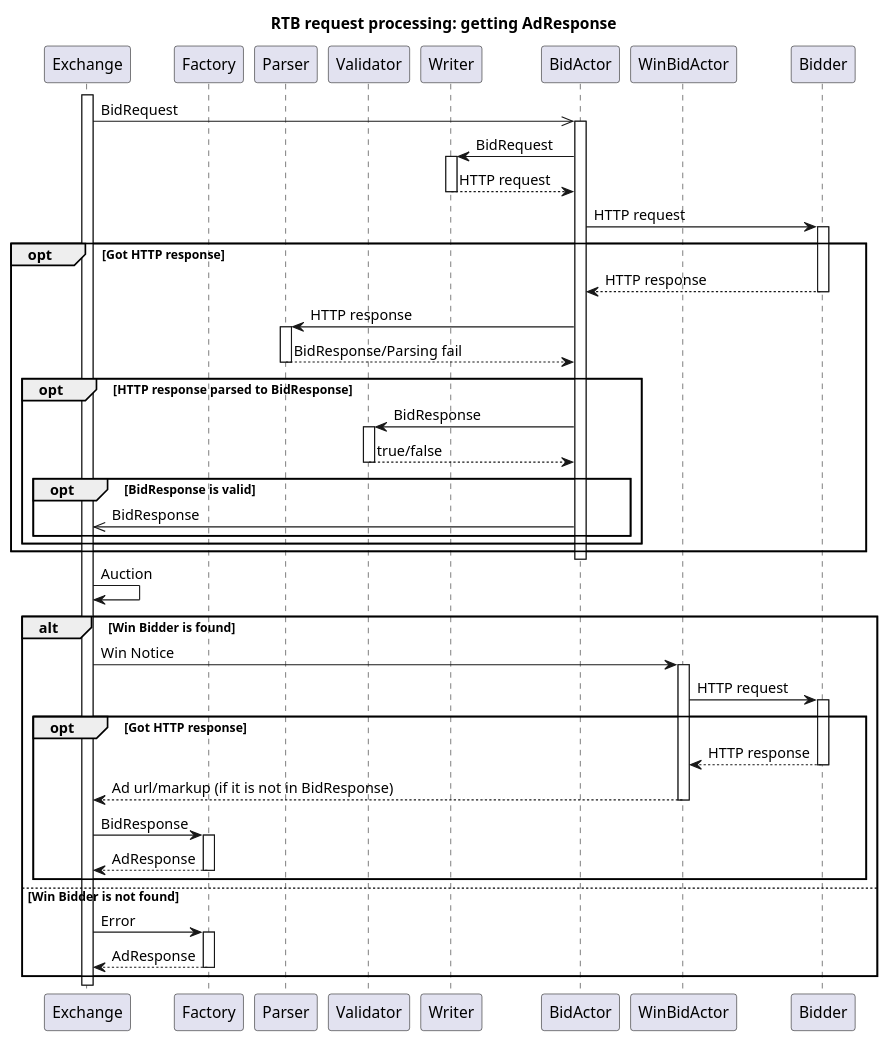
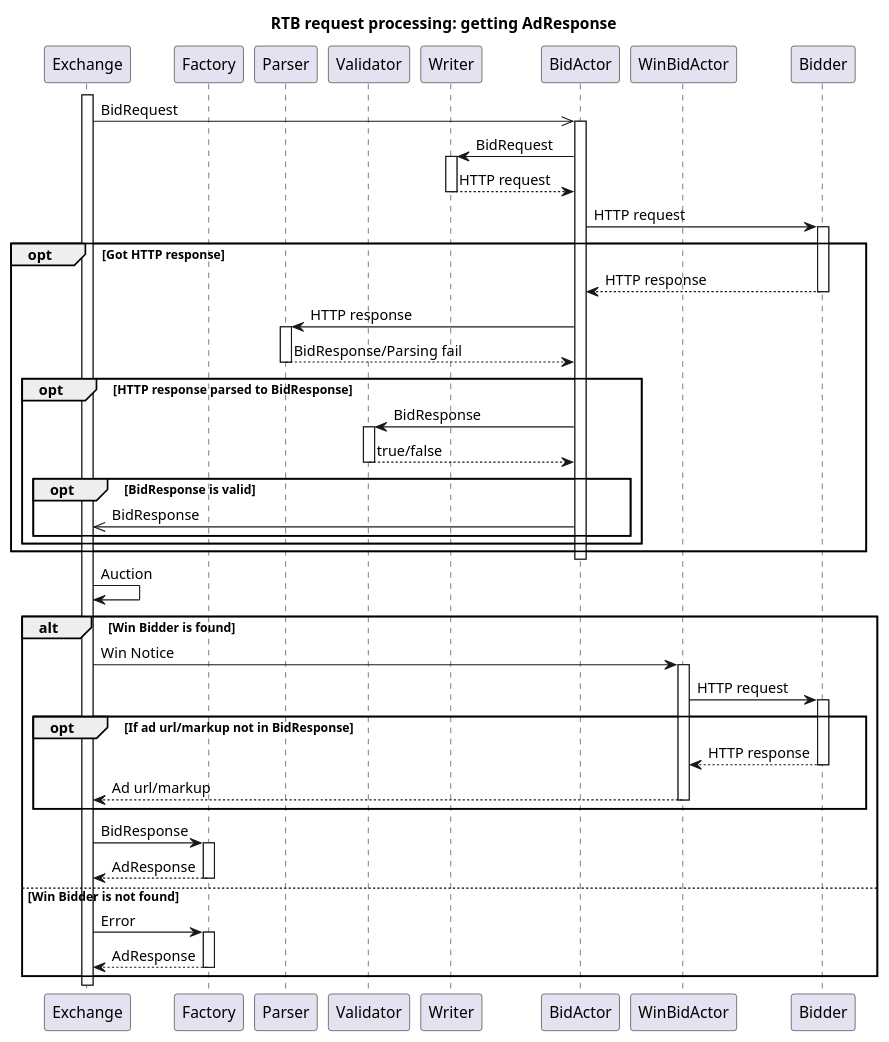
One commit to bwsw/simple-rtb-exchange changed the diagram in diagrams/request_processing_getting_adresponse.puml. Above: the diagram before and after it, drawn with PlantUML. The commit also changed 1 other file, not shown here.

```diff
--- a/diagrams/request_processing_getting_adresponse.puml
+++ b/diagrams/request_processing_getting_adresponse.puml
@@ -1,73 +1,73 @@
 @startuml
 
 title RTB request processing: getting AdResponse
 
 participant Exchange
 participant Factory
 participant Parser
 participant Validator
 participant Writer
 participant BidActor
 participant WinBidActor
 participant Bidder
 
 activate Exchange
 Exchange ->> BidActor: BidRequest
 activate BidActor
 
 BidActor -> Writer: BidRequest
 activate Writer
 Writer --> BidActor: HTTP request
 deactivate Writer
 
 BidActor -> Bidder: HTTP request
 activate Bidder
 opt Got HTTP response
     BidActor <-- Bidder: HTTP response
     deactivate Bidder
 
     BidActor -> Parser: HTTP response
     activate Parser
 
     BidActor <-- Parser: BidResponse/Parsing fail
     deactivate Parser
     opt HTTP response parsed to BidResponse
         BidActor -> Validator: BidResponse
         activate Validator
         BidActor <-- Validator: true/false
         deactivate Validator
         opt BidResponse is valid
             Exchange <<- BidActor: BidResponse
         end
     end
 end
 
 deactivate BidActor
     
 Exchange -> Exchange: Auction
 
 alt Win Bidder is found
     Exchange -> WinBidActor: Win Notice
     activate WinBidActor
     WinBidActor -> Bidder: HTTP request
     activate Bidder
-    opt Got HTTP response
+    opt If ad url/markup not in BidResponse
         WinBidActor <-- Bidder: HTTP response
         deactivate Bidder
-        Exchange <-- WinBidActor: Ad url/markup (if it is not in BidResponse)
+        Exchange <-- WinBidActor: Ad url/markup
         deactivate WinBidActor
-        
-        Exchange -> Factory: BidResponse
-        activate Factory
-        Exchange <-- Factory: AdResponse
-        deactivate Factory
     end
+
+    Exchange -> Factory: BidResponse
+    activate Factory
+    Exchange <-- Factory: AdResponse
+    deactivate Factory
 
 else Win Bidder is not found
     Exchange -> Factory: Error
     activate Factory
     Exchange <-- Factory: AdResponse
     deactivate Factory
 end
 
 @enduml
```
